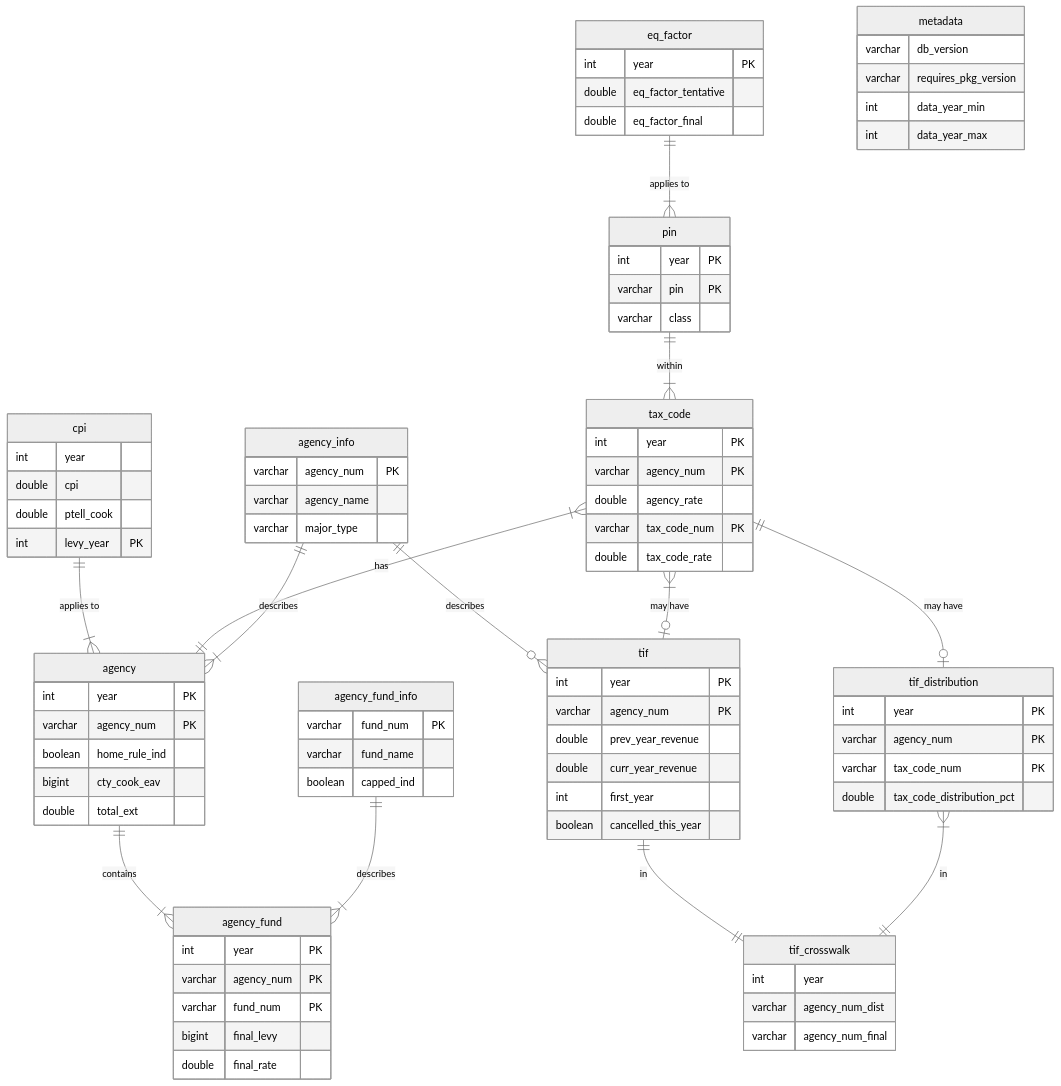
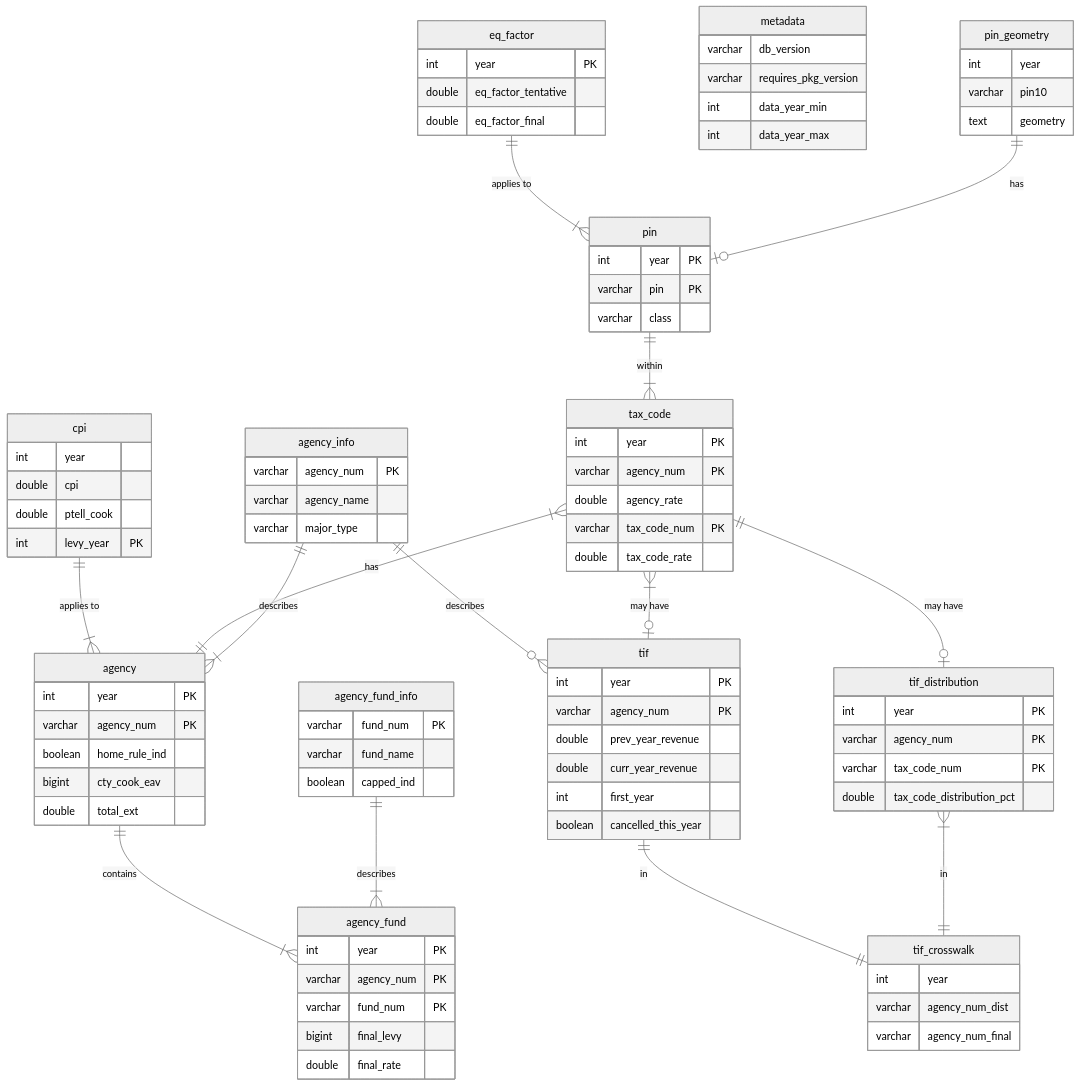
One commit to ccao-data/ptaxsim changed the second of 2 diagrams in README.Rmd. Above: the diagram before and after it, drawn with Mermaid (neutral theme). The commit also changed other lines of this file and 1 other file, not shown here.

Commit message:
Update DB diagram with PIN geometry tables

````diff
--- a/README.Rmd
+++ b/README.Rmd
@@ -491,6 +510,12 @@
     varchar pin                PK
     varchar class
   }
+  
+  pin_geometry {
+    int     year
+    varchar pin10
+    text    geometry
+  }
 
   tax_code {
     int     year               PK
@@ -534,4 +559,5 @@
   tif_distribution }|--|| tif_crosswalk : "in"
   agency_info ||--o{ tif: "describes"
   tax_code }|--o| tif : "may have"
+  pin_geometry ||--o| pin : "has"
 ```
````
